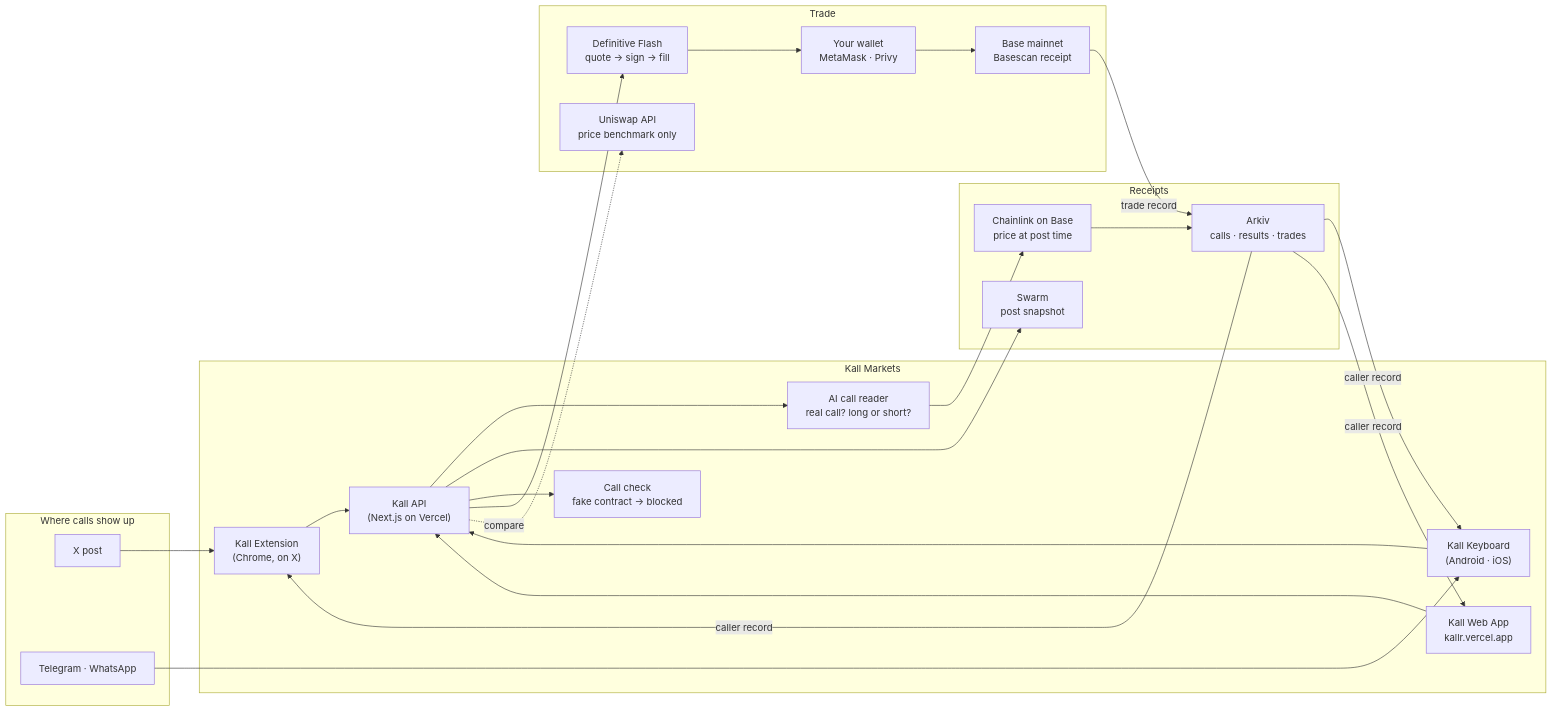
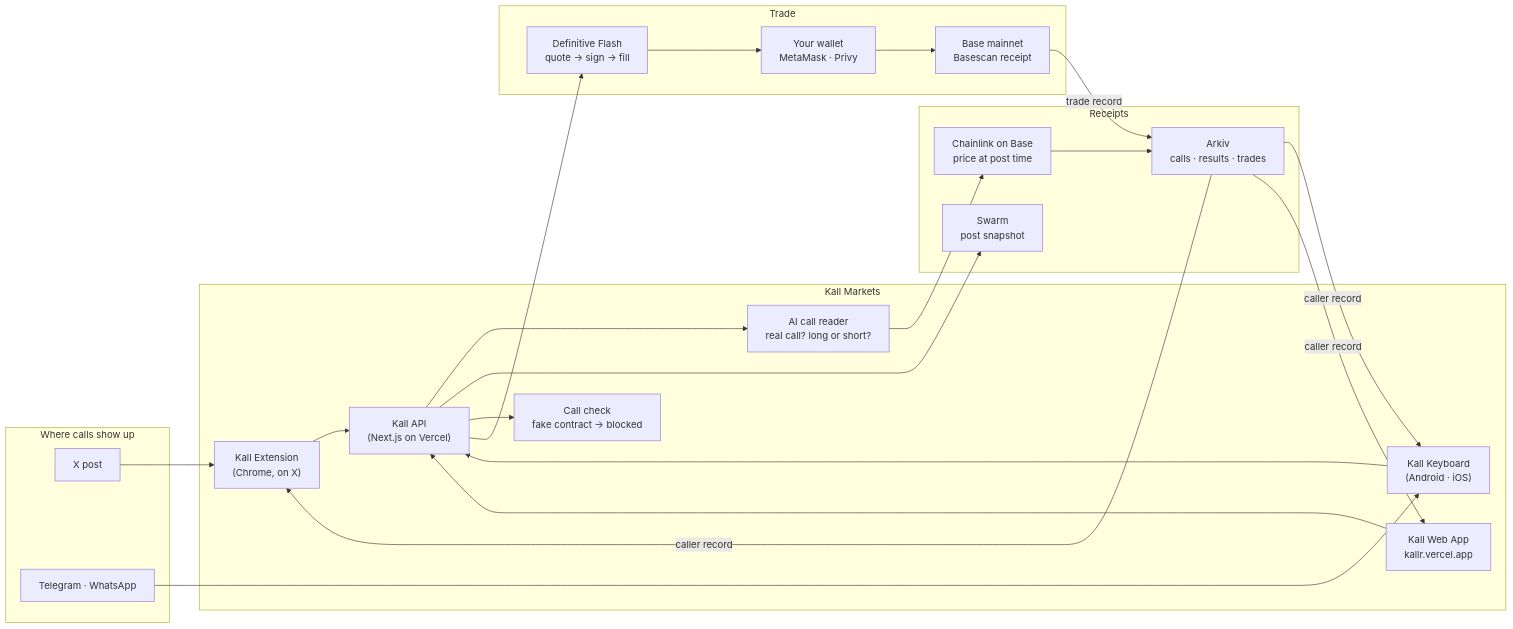
One commit to harshalbhangale/ethglobal-mumbai changed the diagram in README.md. Above: the diagram before and after it, drawn with Mermaid. The commit also changed other lines of this file and 22 other files, not shown here.

First line of the commit message:
Remove Uniswap: every surface shows Definitive Flash only

````diff
--- a/README.md
+++ b/README.md
@@ -77,41 +77,39 @@
 ```mermaid
 flowchart LR
   subgraph Where["Where calls show up"]
     X["X post"]
     TG["Telegram · WhatsApp"]
   end
 
   subgraph Kall["Kall Markets"]
     EXT["Kall Extension<br/>(Chrome, on X)"]
     KB["Kall Keyboard<br/>(Android · iOS)"]
     WEB["Kall Web App<br/>kallr.vercel.app"]
     API["Kall API<br/>(Next.js on Vercel)"]
     AI["AI call reader<br/>real call? long or short?"]
     CHECK["Call check<br/>fake contract → blocked"]
   end
 
   subgraph Proof["Receipts"]
     CL["Chainlink on Base<br/>price at post time"]
     ARK["Arkiv<br/>calls · results · trades"]
     SW["Swarm<br/>post snapshot"]
   end
 
   subgraph Trade["Trade"]
     FL["Definitive Flash<br/>quote → sign → fill"]
-    UNI["Uniswap API<br/>price benchmark only"]
     WAL["Your wallet<br/>MetaMask · Privy"]
     BASE["Base mainnet<br/>Basescan receipt"]
   end
 
   X --> EXT
   TG --> KB
   EXT & KB & WEB --> API
   API --> AI --> CL --> ARK
   API --> SW
   API --> CHECK
   ARK -->|caller record| EXT & KB & WEB
   API --> FL
-  API -.->|compare| UNI
   FL --> WAL --> BASE
   BASE -->|trade record| ARK
 ```
````
